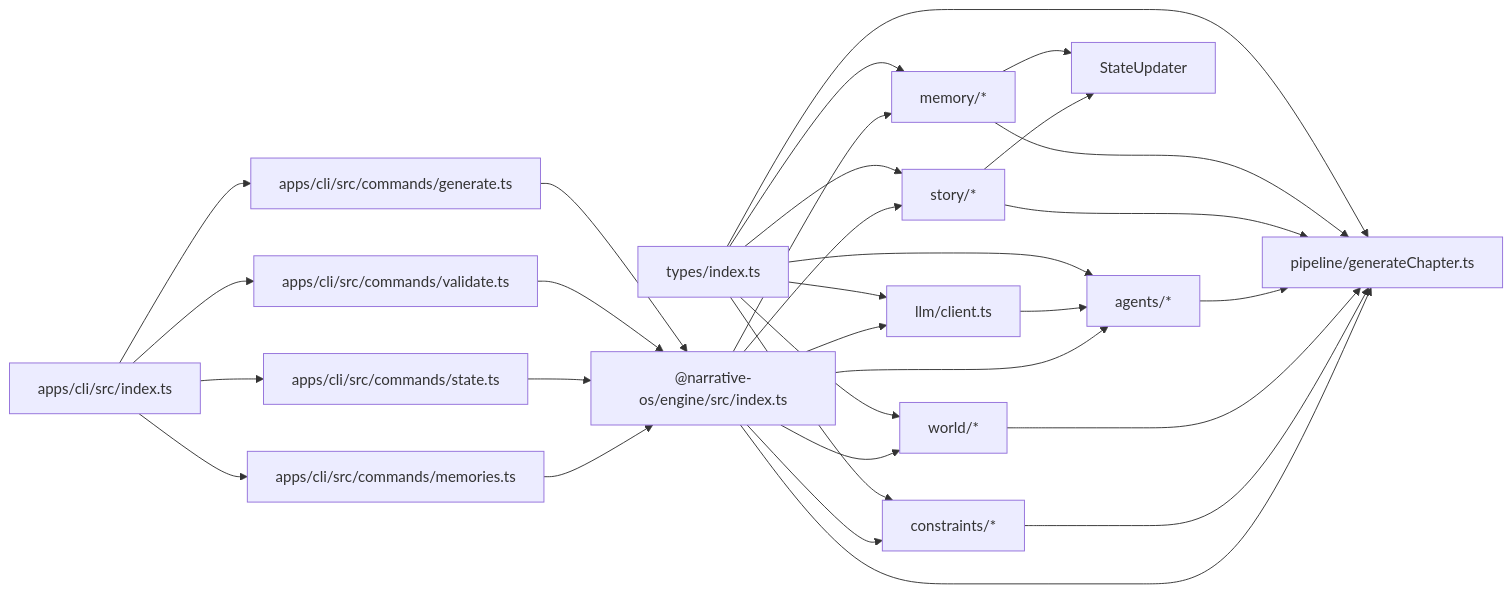
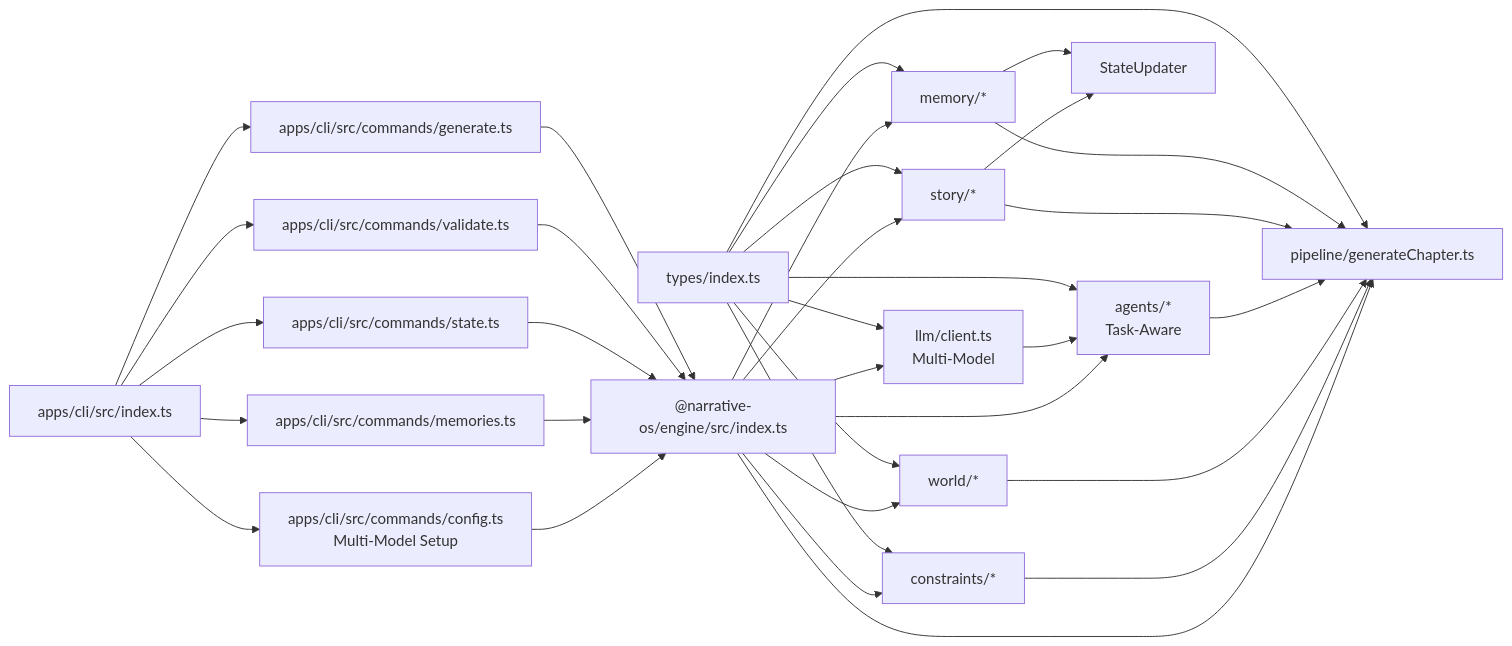
Diagram 14 of 14 in .qoder/repowiki/en/content/Engine Architecture/Engine Architecture.md (liwonder/NARRITIVE_OS), drawn with Mermaid before and after one commit. The commit also changed other lines of this file and 12 other files, not shown here.

````diff
--- a/.qoder/repowiki/en/content/Engine Architecture/Engine Architecture.md
+++ b/.qoder/repowiki/en/content/Engine Architecture/Engine Architecture.md
@@ -775,33 +830,35 @@
 ```mermaid
 graph LR
-Types["types/index.ts"] --> LLM["llm/client.ts"]
+Types["types/index.ts"] --> LLM["llm/client.ts<br/>Multi-Model"]
 Types --> Memory["memory/*"]
 Types --> Pipeline["pipeline/generateChapter.ts"]
 Types --> Story["story/*"]
-Types --> Agents["agents/*"]
+Types --> Agents["agents/*<br/>Task-Aware"]
 Types --> World["world/*"]
 Types --> Constraints["constraints/*"]
 LLM --> Agents
 Memory --> Pipeline
 Memory --> StateUpdater
 Story --> Pipeline
 Story --> StateUpdater
 Agents --> Pipeline
 World --> Pipeline
 Constraints --> Pipeline
 CLI_Index["apps/cli/src/index.ts"] --> CLI_Gen["apps/cli/src/commands/generate.ts"]
 CLI_Index --> CLI_Validate["apps/cli/src/commands/validate.ts"]
 CLI_Index --> CLI_State["apps/cli/src/commands/state.ts"]
 CLI_Index --> CLI_Memories["apps/cli/src/commands/memories.ts"]
+CLI_Index --> CLI_Config["apps/cli/src/commands/config.ts<br/>Multi-Model Setup"]
 CLI_Gen --> Engine_Index["@narrative-os/engine/src/index.ts"]
 CLI_Validate --> Engine_Index
 CLI_State --> Engine_Index
 CLI_Memories --> Engine_Index
+CLI_Config --> Engine_Index
 Engine_Index --> Pipeline
 Engine_Index --> Agents
 Engine_Index --> Memory
 Engine_Index --> Story
 Engine_Index --> LLM
 Engine_Index --> World
 Engine_Index --> Constraints
 ```
````
